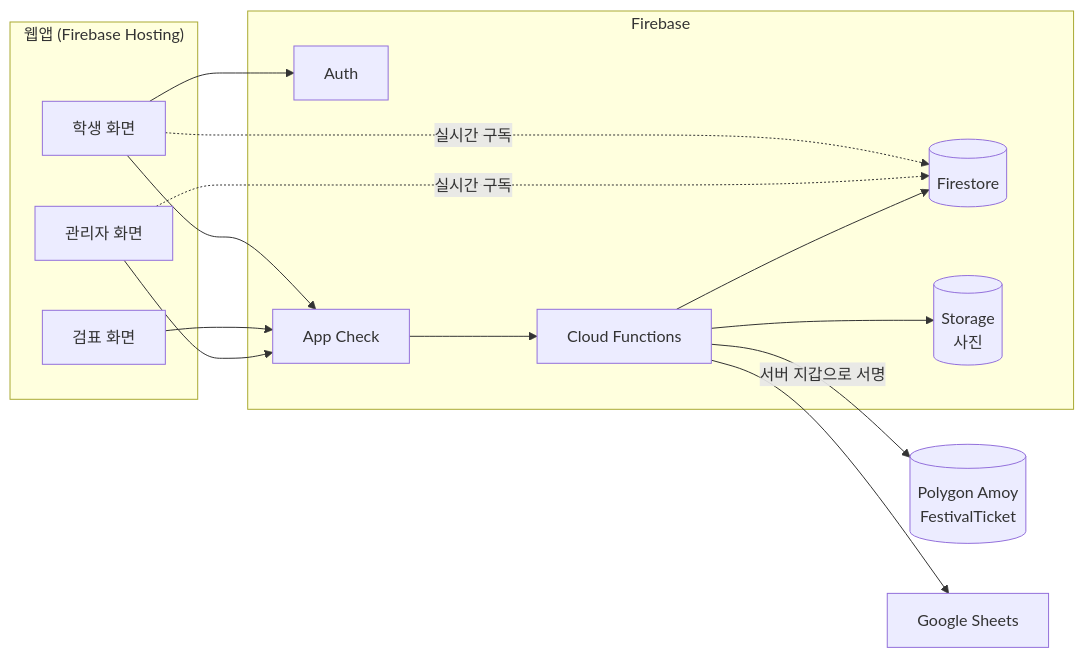
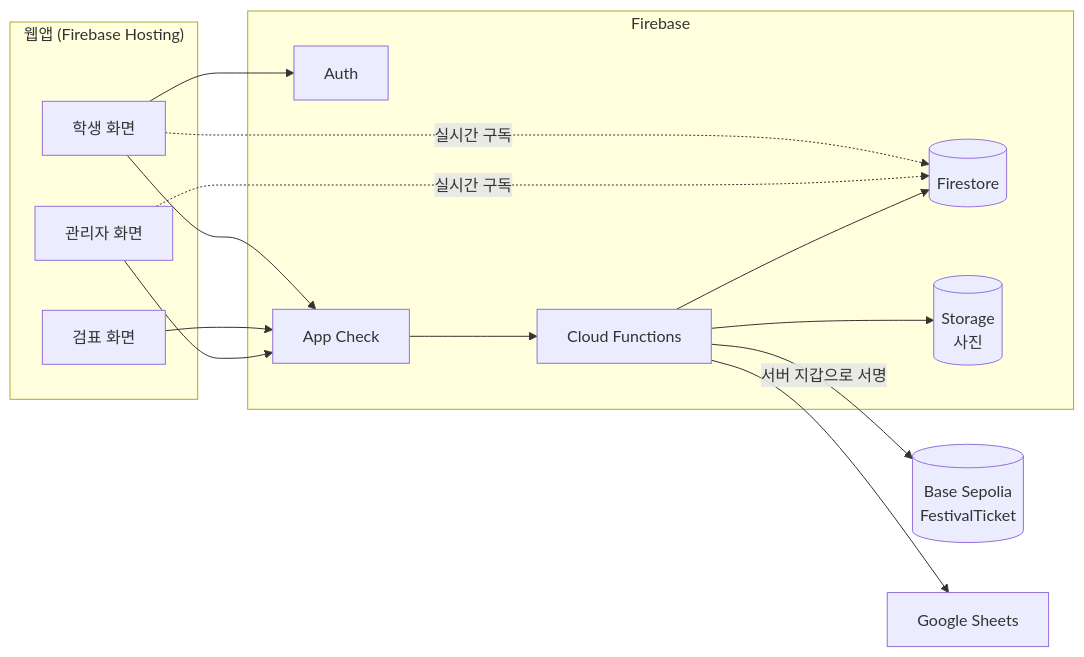
Before and after one commit to sy-luvia12/gdg-devfest-safepass: the diagram in docs/architecture.md, drawn with Mermaid. The commit also changed other lines of this file and 12 other files, not shown here.

First line of the commit message:
chore(chain): default testnet to Base Sepolia, keep Amoy as an option

````diff
--- a/docs/architecture.md
+++ b/docs/architecture.md
@@ -115,24 +115,24 @@
 ```mermaid
 flowchart LR
   subgraph Client["웹앱 (Firebase Hosting)"]
     S[학생 화면]
     T[검표 화면]
     A[관리자 화면]
   end
   subgraph Firebase
     Auth[Auth]
     FS[(Firestore)]
     ST[(Storage<br/>사진)]
     CF[Cloud Functions]
     AC[App Check]
   end
-  Chain[(Polygon Amoy<br/>FestivalTicket)]
+  Chain[(Base Sepolia<br/>FestivalTicket)]
   Sheets[Google Sheets]
 
   S & T & A --> AC --> CF
   S --> Auth
   S & A -. 실시간 구독 .-> FS
   CF --> FS & ST
   CF -- 서버 지갑으로 서명 --> Chain
   CF --> Sheets
 ```
````
